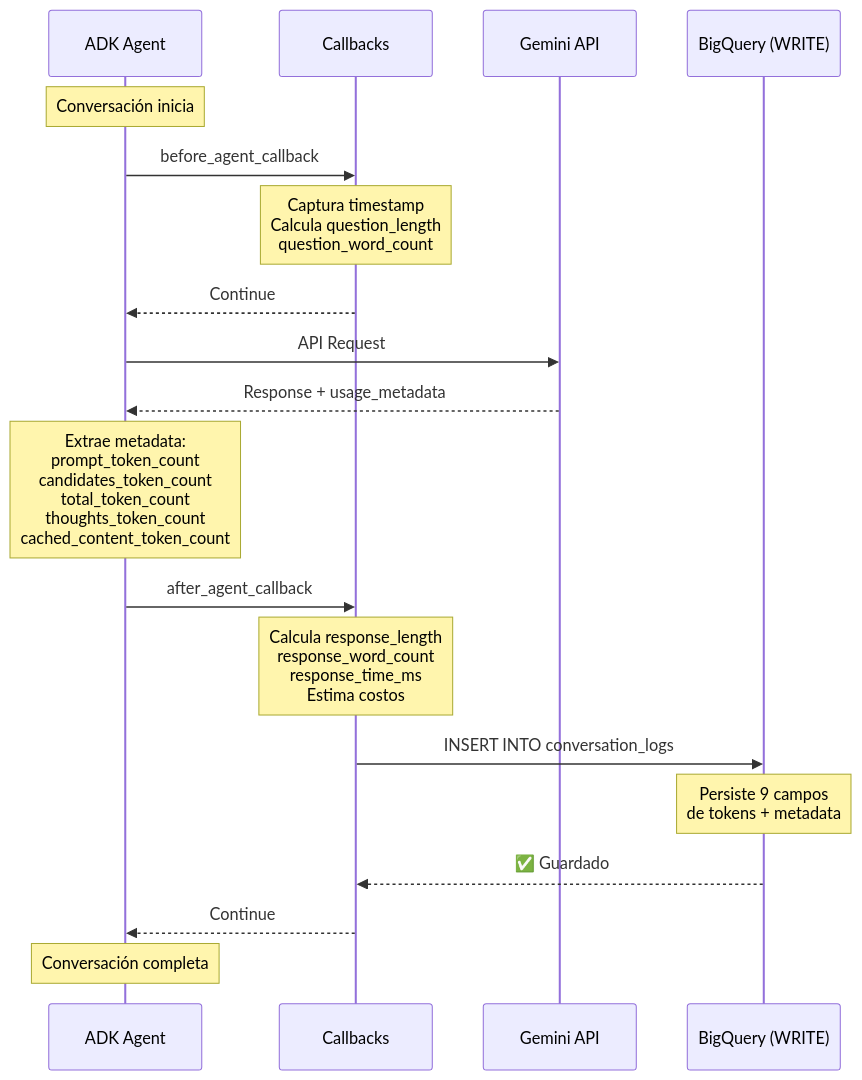
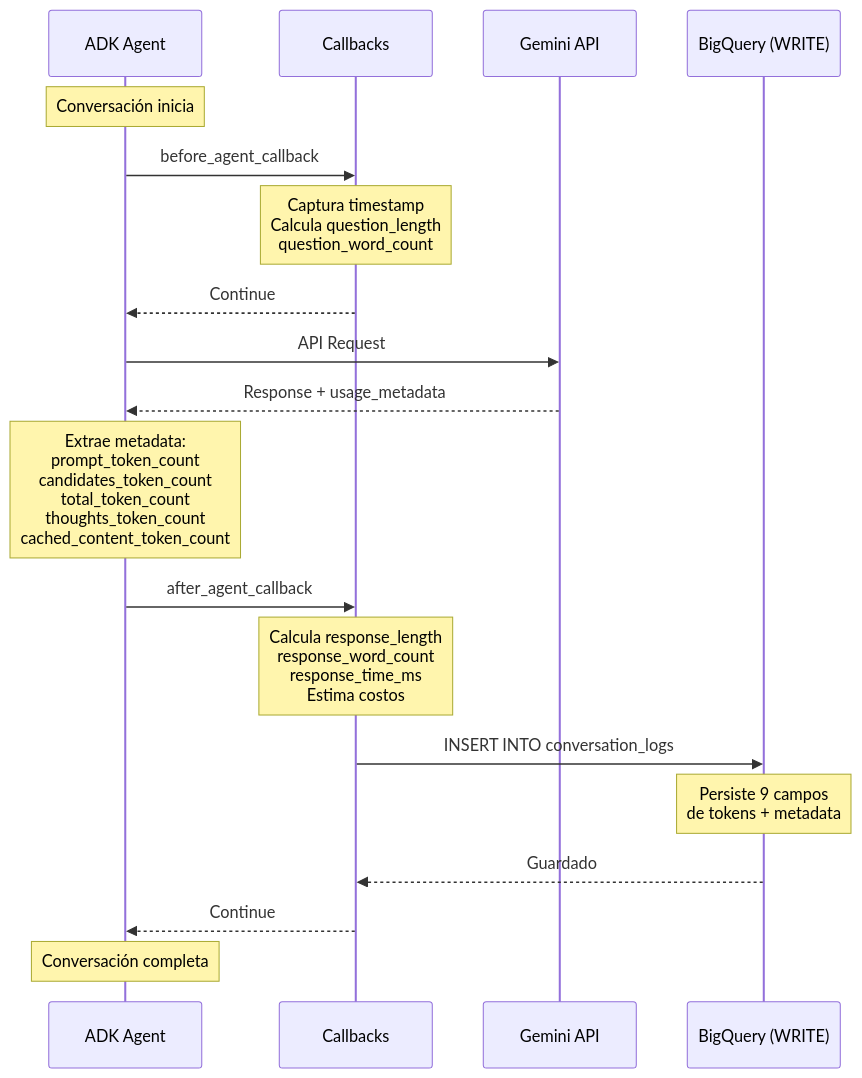
One commit to miguelp7200/agente changed diagram 13 of 16 in docs/official/architecture/20_SYSTEM_ARCHITECTURE.md. Above: the diagram before and after it, drawn with Mermaid. The commit also changed other lines of this file and 12 other files, not shown here.

````diff
--- a/docs/official/architecture/20_SYSTEM_ARCHITECTURE.md
+++ b/docs/official/architecture/20_SYSTEM_ARCHITECTURE.md
@@ -642,26 +642,26 @@
 ```mermaid
 sequenceDiagram
     participant ADK as ADK Agent
     participant CB as Callbacks
     participant Gemini as Gemini API
     participant BQ as BigQuery (WRITE)
     
     Note over ADK: Conversación inicia
     ADK->>CB: before_agent_callback
     Note over CB: Captura timestamp<br/>Calcula question_length<br/>question_word_count
     CB-->>ADK: Continue
     
     ADK->>Gemini: API Request
     Gemini-->>ADK: Response + usage_metadata
     Note over ADK: Extrae metadata:<br/>prompt_token_count<br/>candidates_token_count<br/>total_token_count<br/>thoughts_token_count<br/>cached_content_token_count
     
     ADK->>CB: after_agent_callback
     Note over CB: Calcula response_length<br/>response_word_count<br/>response_time_ms<br/>Estima costos
     
     CB->>BQ: INSERT INTO conversation_logs
     Note over BQ: Persiste 9 campos<br/>de tokens + metadata
-    BQ-->>CB: ✅ Guardado
+    BQ-->>CB: Guardado
     CB-->>ADK: Continue
     
     Note over ADK: Conversación completa
 ```
````
